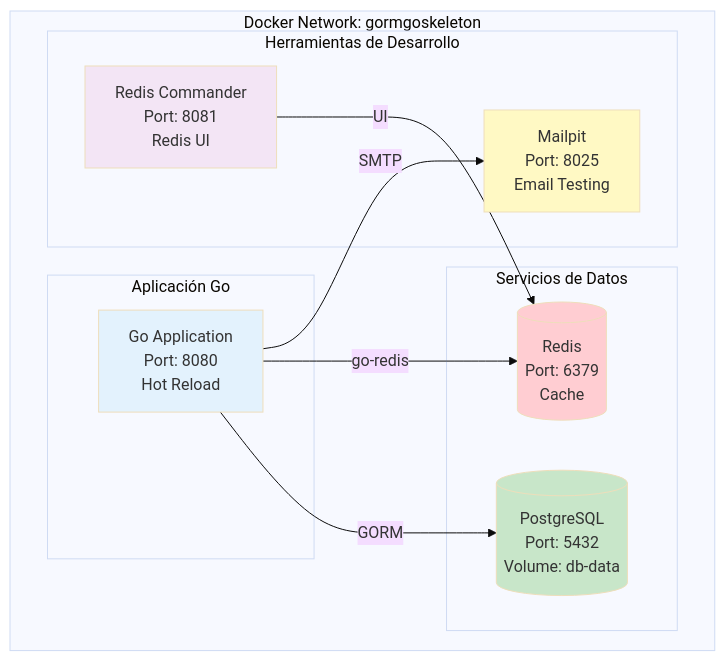
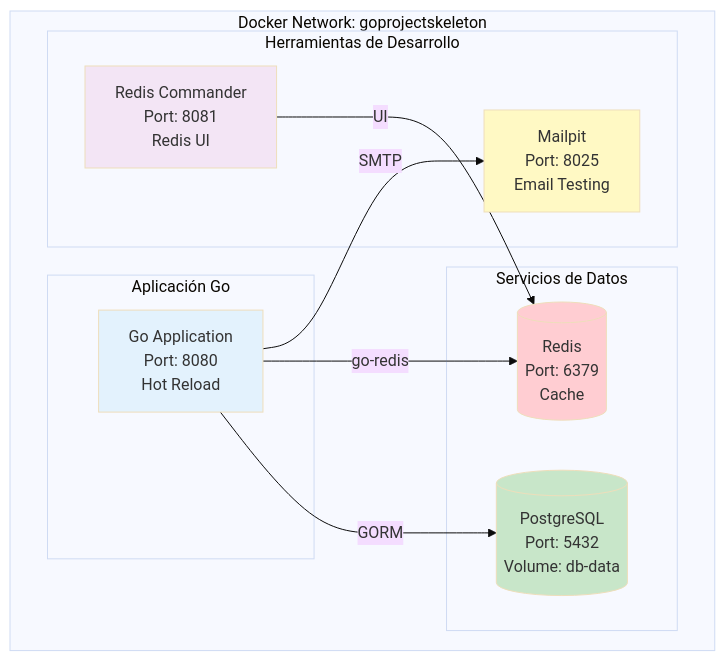
Diagram 23 of 25 in README.md (Simon3640/GoProjectSkeleton), drawn with Mermaid (base theme) before and after one commit. The commit also changed other lines of this file and 213 other files, not shown here.

Commit message:
:hammer: :tada: renaming files and folders from gormgoskeleton to goprojectskeleton

````diff
--- a/README.md
+++ b/README.md
@@ -2734,30 +2734,30 @@
 ```mermaid
 graph TB
-    subgraph DockerNetwork["Docker Network: gormgoskeleton"]
+    subgraph DockerNetwork["Docker Network: goprojectskeleton"]
         subgraph AppContainer["Aplicación Go"]
             App[Go Application<br/>Port: 8080<br/>Hot Reload]
         end
 
         subgraph DBServices["Servicios de Datos"]
             PostgreSQL[(PostgreSQL<br/>Port: 5432<br/>Volume: db-data)]
             Redis[(Redis<br/>Port: 6379<br/>Cache)]
         end
 
         subgraph DevTools["Herramientas de Desarrollo"]
             Mailpit[Mailpit<br/>Port: 8025<br/>Email Testing]
             RedisCommander[Redis Commander<br/>Port: 8081<br/>Redis UI]
         end
     end
 
     App -->|GORM| PostgreSQL
     App -->|go-redis| Redis
     App -->|SMTP| Mailpit
 
     RedisCommander -->|UI| Redis
 
     style App fill:#e3f2fd
     style PostgreSQL fill:#c8e6c9
     style Redis fill:#ffcdd2
     style Mailpit fill:#fff9c4
     style RedisCommander fill:#f3e5f5
 ```
````
